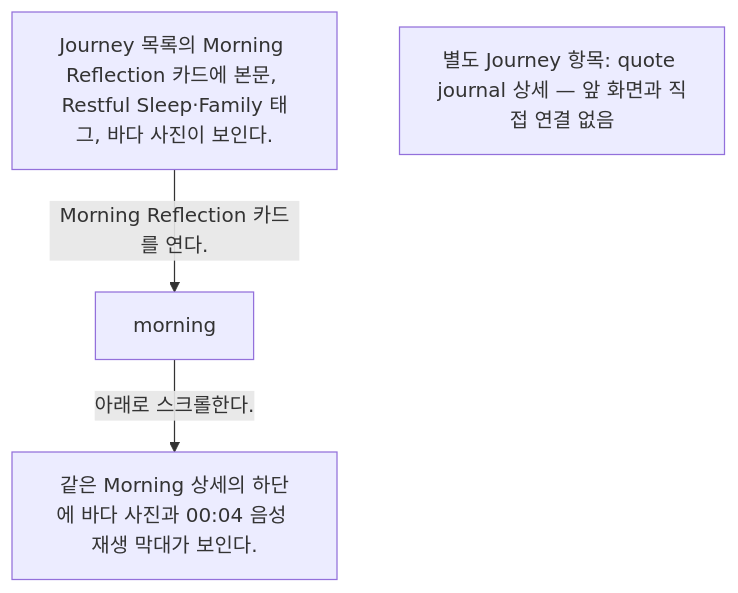
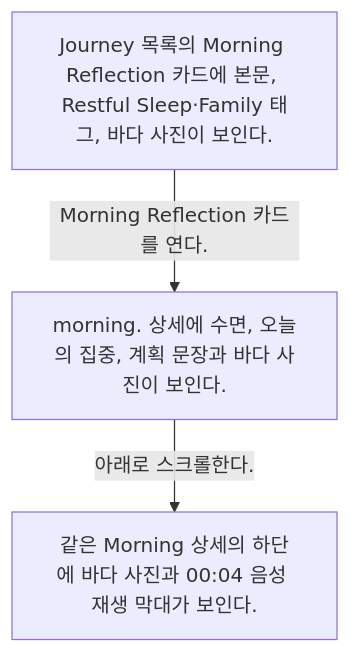
The diagram in docs/Stoic/flows/entry-detail-from-journey-6d60494e/README.md (Dev-Corgi/Stoic-Build-Clone-Test), drawn with Mermaid before and after one commit. The commit also changed other lines of this file and 3 other files, not shown here.

Commit message:
docs: exclude unrelated Journey screenshot from verified flow

````diff
--- a/docs/Stoic/flows/entry-detail-from-journey-6d60494e/README.md
+++ b/docs/Stoic/flows/entry-detail-from-journey-6d60494e/README.md
@@ -8,9 +8,8 @@
 ```mermaid
 flowchart TD
   S1["Journey 목록의 Morning Reflection 카드에 본문, Restful Sleep·Family 태그, 바다 사진이 보인다."]
   S1 -->|Morning Reflection 카드를 연다.| S2
-  S2["morning"]
+  S2["morning. 상세에 수면, 오늘의 집중, 계획 문장과 바다 사진이 보인다."]
   S2 -->|아래로 스크롤한다.| S3
   S3["같은 Morning 상세의 하단에 바다 사진과 00:04 음성 재생 막대가 보인다."]
-  S4["별도 Journey 항목: quote journal 상세 — 앞 화면과 직접 연결 없음"]
 ```
````
